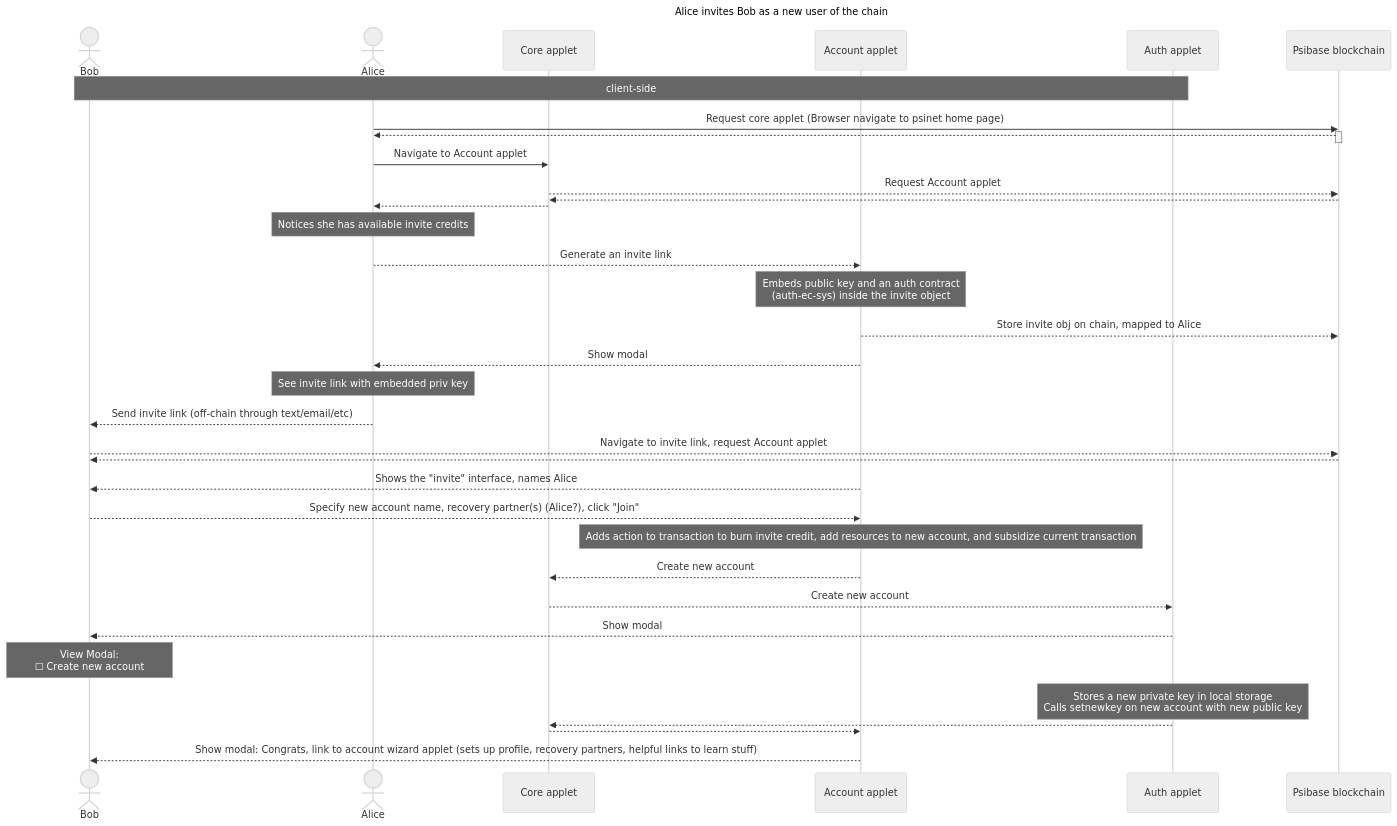
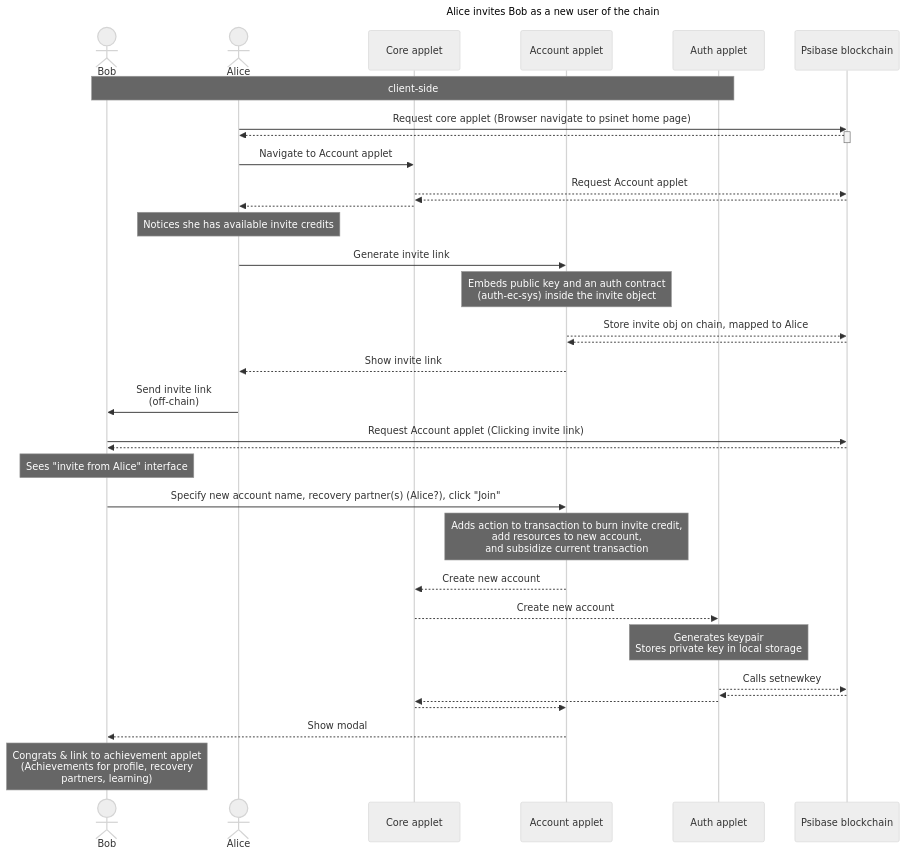
The diagram in doc/diagrams/invite-new-user.md (gofractally/psibase), drawn with Mermaid (neutral theme) before and after one commit.

Commit message:
minor doc change

````diff
--- a/doc/diagrams/invite-new-user.md
+++ b/doc/diagrams/invite-new-user.md
@@ -1,47 +1,47 @@
 ```mermaid
 
 sequenceDiagram
    title Alice invites Bob as a new user of the chain
    actor Bob
    actor Alice
    participant Core applet
    participant Account applet
    participant Auth applet
    participant Psibase blockchain
 
    note over Bob, Auth applet: client-side
 
    Alice->>Psibase blockchain: Request core applet (Browser navigate to psinet home page)
    activate Psibase blockchain
    Psibase blockchain-->>Alice: 
    deactivate Psibase blockchain
 
    Alice->>Core applet: Navigate to Account applet
    Core applet-->>Psibase blockchain: Request Account applet
    Psibase blockchain-->>Core applet: 
    Core applet-->>Alice: 
 
    note over Alice: Notices she has available invite credits
-   Alice-->>Account applet: Generate an invite link
+   Alice->>Account applet: Generate invite link
    Note over Account applet: Embeds public key and an auth contract<br> (auth-ec-sys) inside the invite object
    Account applet-->>Psibase blockchain: Store invite obj on chain, mapped to Alice
-   Account applet-->>Alice: Show modal
-   Note over Alice: See invite link with embedded priv key
-   Alice-->>Bob: Send invite link (off-chain through text/email/etc)
-   
-   Bob-->>Psibase blockchain: Navigate to invite link, request Account applet
+   Psibase blockchain-->>Account applet: 
+   Account applet-->>Alice: Show invite link
+   Alice->>Bob: Send invite link <br>(off-chain)
+
+   Bob->>Psibase blockchain: Request Account applet (Clicking invite link)
    Psibase blockchain-->>Bob: 
 
-   Account applet-->>Bob: Shows the "invite" interface, names Alice
-   Bob-->>Account applet: Specify new account name, recovery partner(s) (Alice?), click "Join"
-   Note over Account applet: Adds action to transaction to burn invite credit, add resources to new account, and subsidize current transaction
+   Note over Bob: Sees "invite from Alice" interface
+   Bob->>Account applet: Specify new account name, recovery partner(s) (Alice?), click "Join"
+   Note over Account applet: Adds action to transaction to burn invite credit,<br> add resources to new account,<br> and subsidize current transaction
    Account applet-->>Core applet: Create new account
    Core applet-->>Auth applet: Create new account
-   Auth applet-->>Bob: Show modal
-   Note over Bob: View Modal: <br> #9744; Create new account
-   Note over Auth applet: Stores a new private key in local storage<br>Calls setnewkey on new account with new public key
+   Note over Auth applet: Generates keypair <br>Stores private key in local storage
+   Auth applet-->>Psibase blockchain: Calls setnewkey
+   Psibase blockchain-->>Auth applet: 
    Auth applet-->>Core applet: 
    Core applet-->>Account applet: 
-   Account applet-->>Bob: Show modal: Congrats, link to account wizard applet (sets up profile, recovery partners, helpful links to learn stuff)
-
+   Account applet-->>Bob: Show modal
+   Note over Bob: Congrats & link to achievement applet<br> (Achievements for profile, recovery <br>partners, learning)
 ```
````
